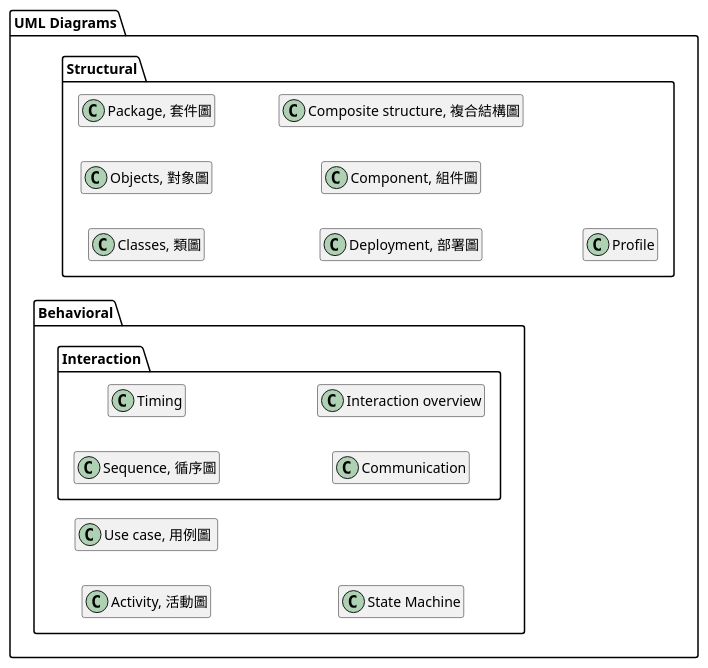
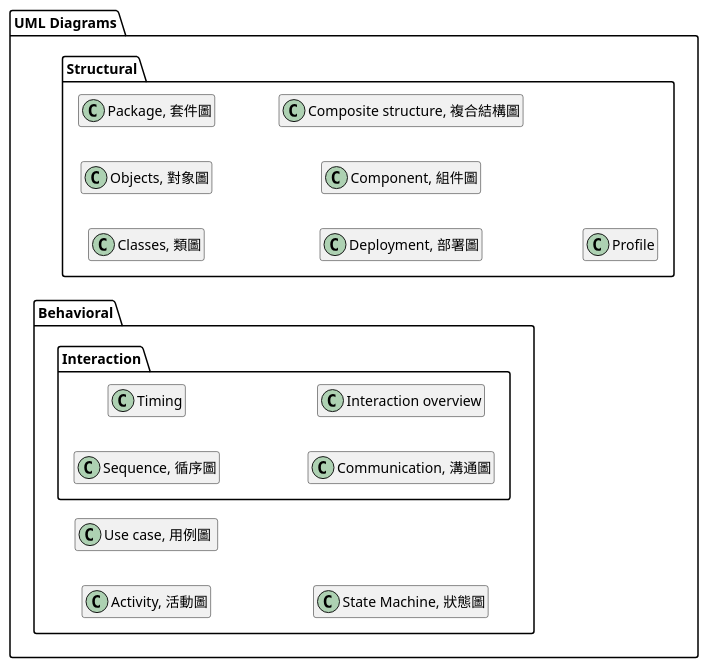
Before and after one commit to pohsun/notes: the second of 2 diagrams in CS/Patterns/UnifiedModelingLanguage.md, drawn with PlantUML. The commit also changed other lines of this file and 1 other file, not shown here.

Commit message:
vault backup: 2023-06-25 21:20:30
Affected files:
.obsidian/workspace.json
CS/Patterns/UnifiedModelingLanguage.md

````diff
--- a/CS/Patterns/UnifiedModelingLanguage.md
+++ b/CS/Patterns/UnifiedModelingLanguage.md
@@ -83,29 +81,29 @@
 ```plantuml
 left to right direction
 
 package "UML Diagrams" as pkg_root {
     package "Structural" as pkg_structural {
         class "Classes, 類圖" as cls_classes
         class "Objects, 對象圖" as cls_objects
         class "Package, 套件圖" as cls_package
         class "Deployment, 部署圖" as cls_deployment
         class "Component, 組件圖" as cls_component
         class "Composite structure, 複合結構圖" as cls_compositeStructure
         class "Profile" as cls_profile
     }
     package "Behavioral" as pkg_behavioral {
         class "Activity, 活動圖" as cls_activity
         class "Use case, 用例圖 " as cls_usecase
-        class "State Machine" as cls_stateMachine
+        class "State Machine, 狀態圖" as cls_stateMachine
         package "Interaction" as pkg_interaction {
             class "Sequence, 循序圖" as cls_sequence
             class "Timing" as cls_timing
-            class "Communication" as cls_communication
+            class "Communication, 溝通圖" as cls_communication
             class "Interaction overview" as cls_interactionOverview
         }
     }
 }
 
 hide methods
 hide members
 ```
````
